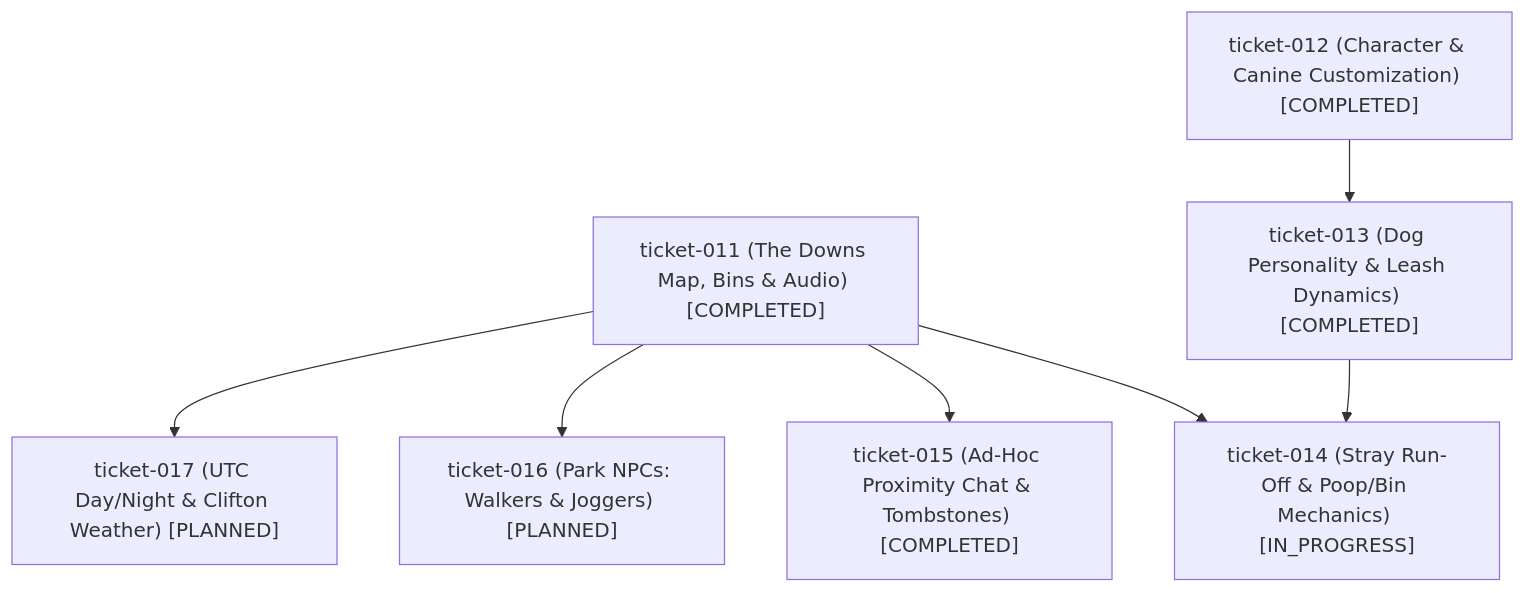
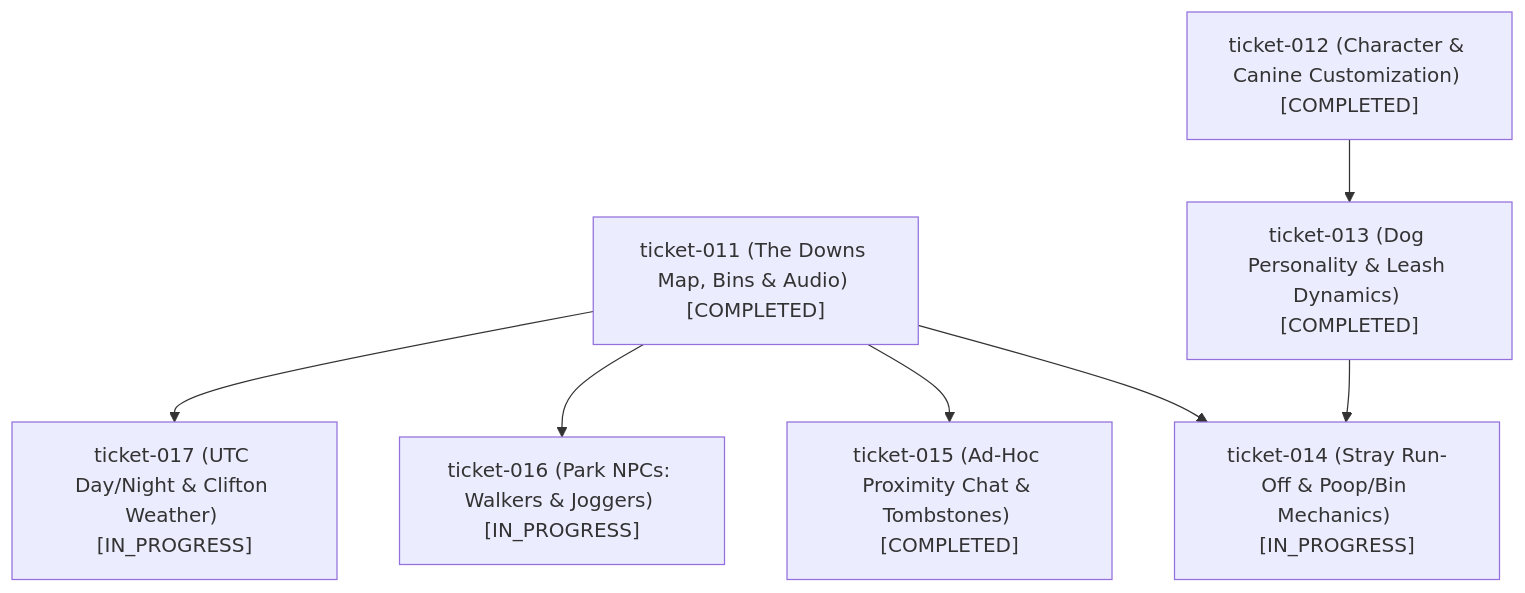
One commit to MACourtney7/virtual-dog-walker changed the diagram in openspec/roadmaps/the-downs.md. Above: the diagram before and after it, drawn with Mermaid. The commit also changed other lines of this file, not shown here.

Commit message:
docs(roadmap): mark ticket-016 and ticket-017 as IN_PROGRESS

````diff
--- a/openspec/roadmaps/the-downs.md
+++ b/openspec/roadmaps/the-downs.md
@@ -40,17 +40,17 @@
 ```mermaid
 flowchart TD
     T011["ticket-011 (The Downs Map, Bins & Audio) [COMPLETED]"]
     T012["ticket-012 (Character & Canine Customization) [COMPLETED]"]
     T013["ticket-013 (Dog Personality & Leash Dynamics) [COMPLETED]"]
     T014["ticket-014 (Stray Run-Off & Poop/Bin Mechanics) [IN_PROGRESS]"]
     T015["ticket-015 (Ad-Hoc Proximity Chat & Tombstones) [COMPLETED]"]
-    T016["ticket-016 (Park NPCs: Walkers & Joggers) [PLANNED]"]
-    T017["ticket-017 (UTC Day/Night & Clifton Weather) [PLANNED]"]
+    T016["ticket-016 (Park NPCs: Walkers & Joggers) [IN_PROGRESS]"]
+    T017["ticket-017 (UTC Day/Night & Clifton Weather) [IN_PROGRESS]"]
 
     T012 --> T013
     T011 --> T014
     T013 --> T014
     T011 --> T015
     T011 --> T016
     T011 --> T017
 ```
````
